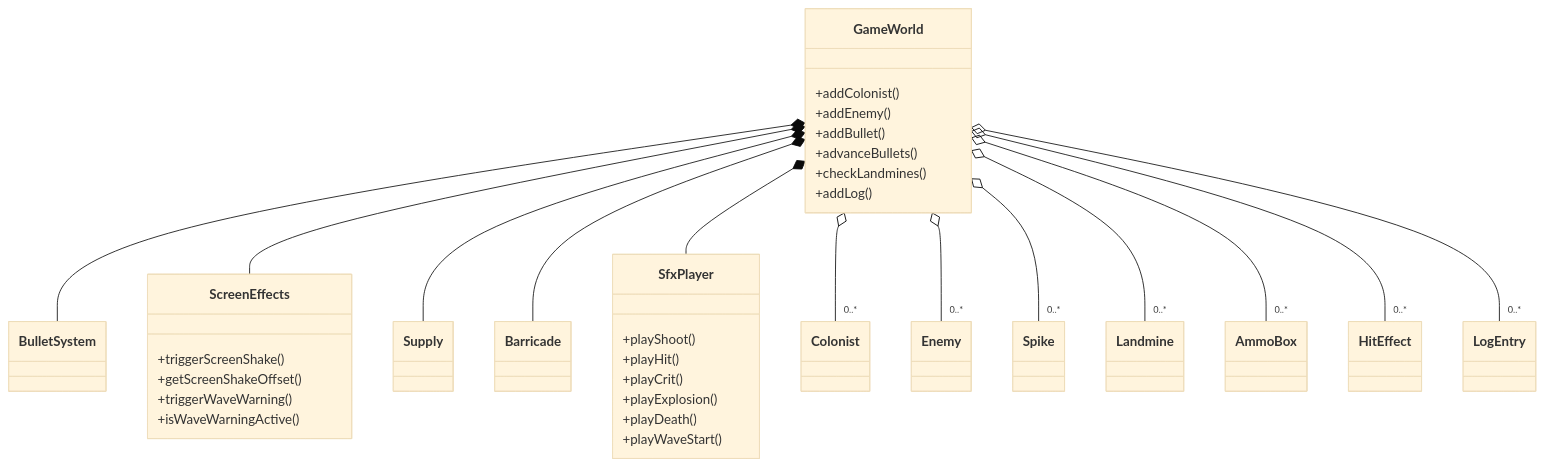
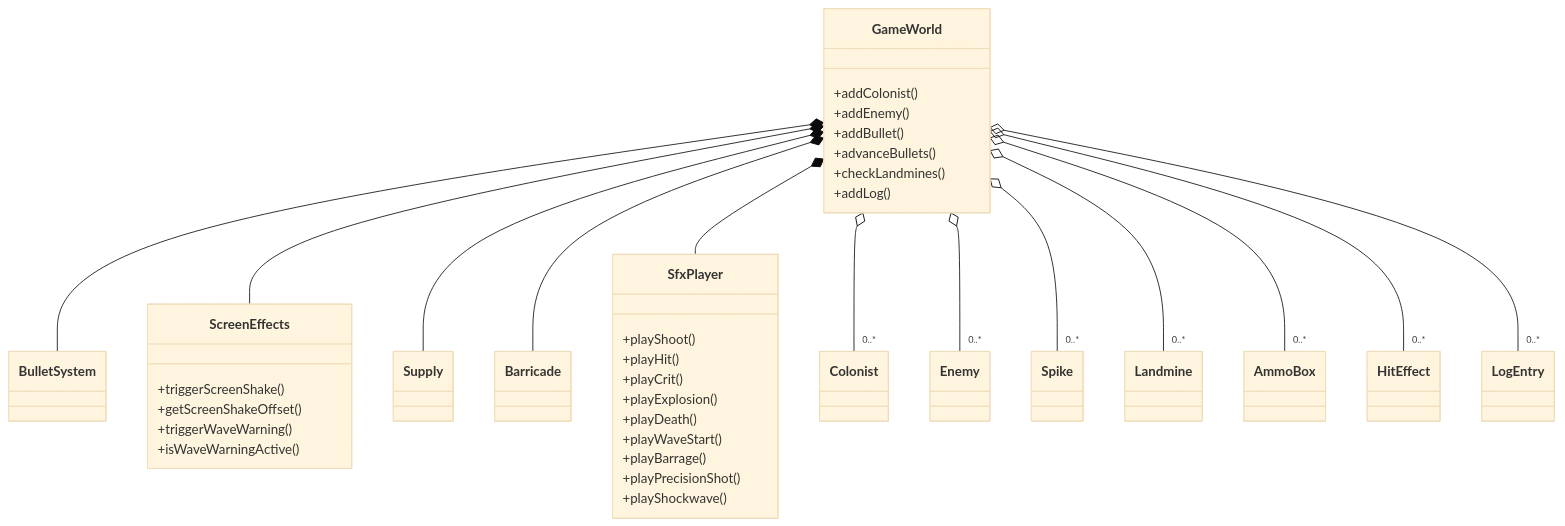
One commit to weweweme/teamnova_basic_class changed the seventh of 12 diagrams in week6/CLAUDE.md. Above: the diagram before and after it, drawn with Mermaid (base theme). The commit also changed other lines of this file, not shown here.

````diff
--- a/week6/CLAUDE.md
+++ b/week6/CLAUDE.md
@@ -296,38 +314,41 @@
 ```mermaid
 classDiagram
     GameWorld *-- BulletSystem
     GameWorld *-- ScreenEffects
     GameWorld *-- Supply
     GameWorld *-- Barricade
     GameWorld *-- SfxPlayer
     GameWorld o-- "0..*" Colonist
     GameWorld o-- "0..*" Enemy
     GameWorld o-- "0..*" Spike
     GameWorld o-- "0..*" Landmine
     GameWorld o-- "0..*" AmmoBox
     GameWorld o-- "0..*" HitEffect
     GameWorld o-- "0..*" LogEntry
 
     class GameWorld {
         +addColonist()
         +addEnemy()
         +addBullet()
         +advanceBullets()
         +checkLandmines()
         +addLog()
     }
     class ScreenEffects {
         +triggerScreenShake()
         +getScreenShakeOffset()
         +triggerWaveWarning()
         +isWaveWarningActive()
     }
     class SfxPlayer {
         +playShoot()
         +playHit()
         +playCrit()
         +playExplosion()
         +playDeath()
         +playWaveStart()
+        +playBarrage()
+        +playPrecisionShot()
+        +playShockwave()
     }
 ```
````
